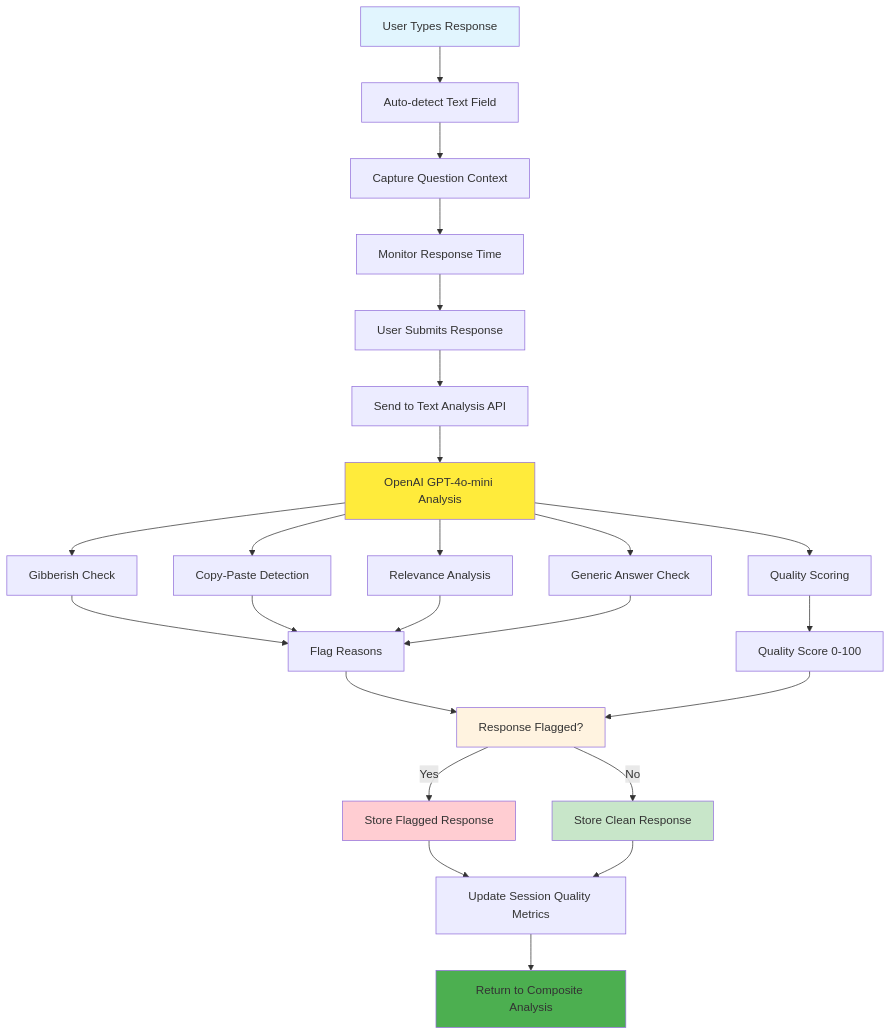
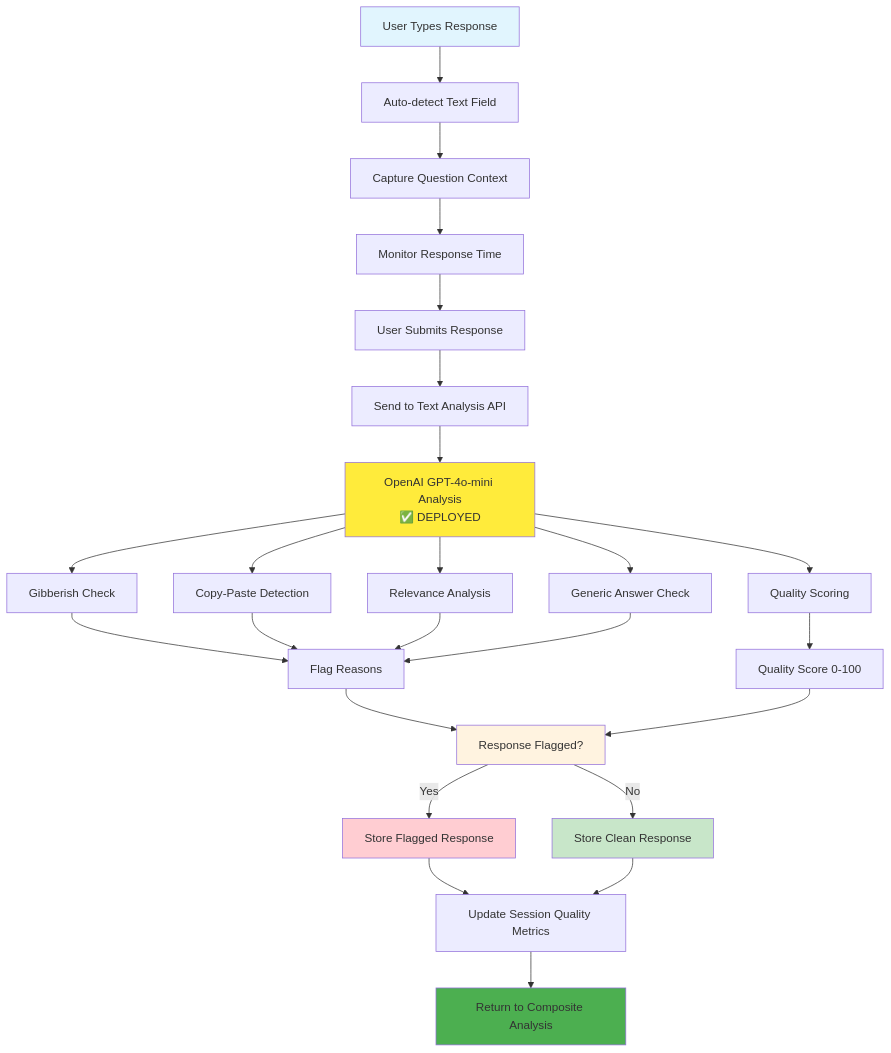
Before and after one commit to halderavik/bot_detection_live: the fourth of 10 diagrams in bot_detection_flow.md, drawn with Mermaid. The commit also changed other lines of this file and 1 other file, not shown here.

Commit message:
Update architecture docs with deployment status indicators (DEPLOYED/PLANNED/PARTIAL)

````diff
--- a/bot_detection_flow.md
+++ b/bot_detection_flow.md
@@ -210,37 +235,37 @@
 ```mermaid
 graph TD
     A[User Types Response] --> B[Auto-detect Text Field]
     B --> C[Capture Question Context]
     C --> D[Monitor Response Time]
     D --> E[User Submits Response]
     E --> F[Send to Text Analysis API]
     
-    F --> G[OpenAI GPT-4o-mini Analysis]
+    F --> G[OpenAI GPT-4o-mini Analysis<br/>✅ DEPLOYED]
     G --> H[Gibberish Check]
     G --> I[Copy-Paste Detection]
     G --> J[Relevance Analysis]
     G --> K[Generic Answer Check]
     G --> L[Quality Scoring]
     
     H --> M[Flag Reasons]
     I --> M
     J --> M
     K --> M
     L --> N[Quality Score 0-100]
     
     M --> O[Response Flagged?]
     N --> O
     O -->|Yes| P[Store Flagged Response]
     O -->|No| Q[Store Clean Response]
     
     P --> R[Update Session Quality Metrics]
     Q --> R
     R --> S[Return to Composite Analysis]
     
     style A fill:#e1f5fe
     style G fill:#ffeb3b
     style O fill:#fff3e0
     style P fill:#ffcdd2
     style Q fill:#c8e6c9
     style S fill:#4caf50
 ```
````
